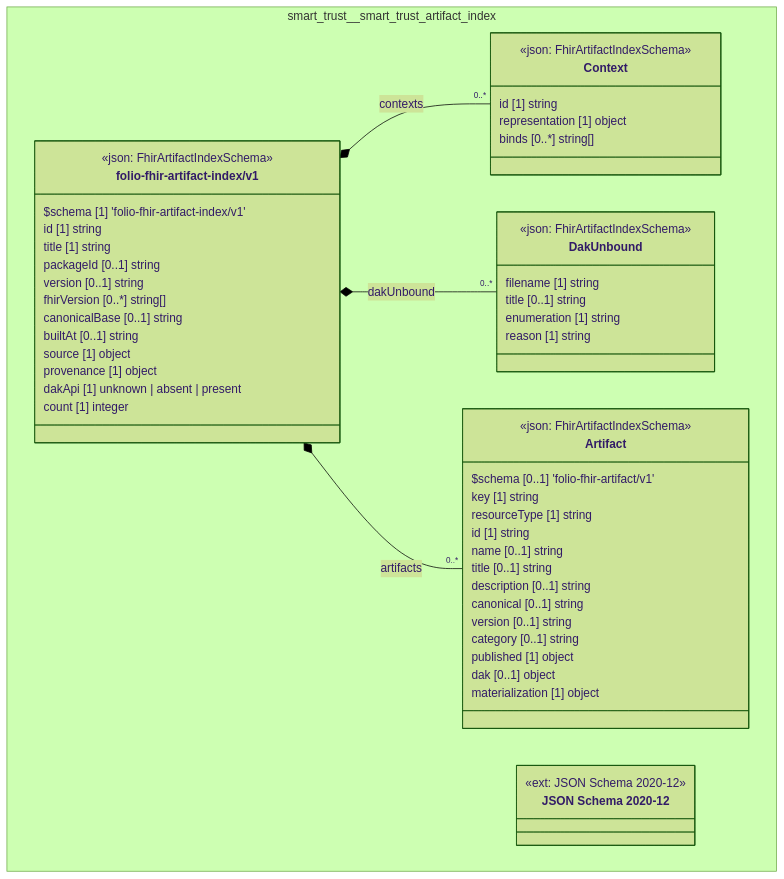
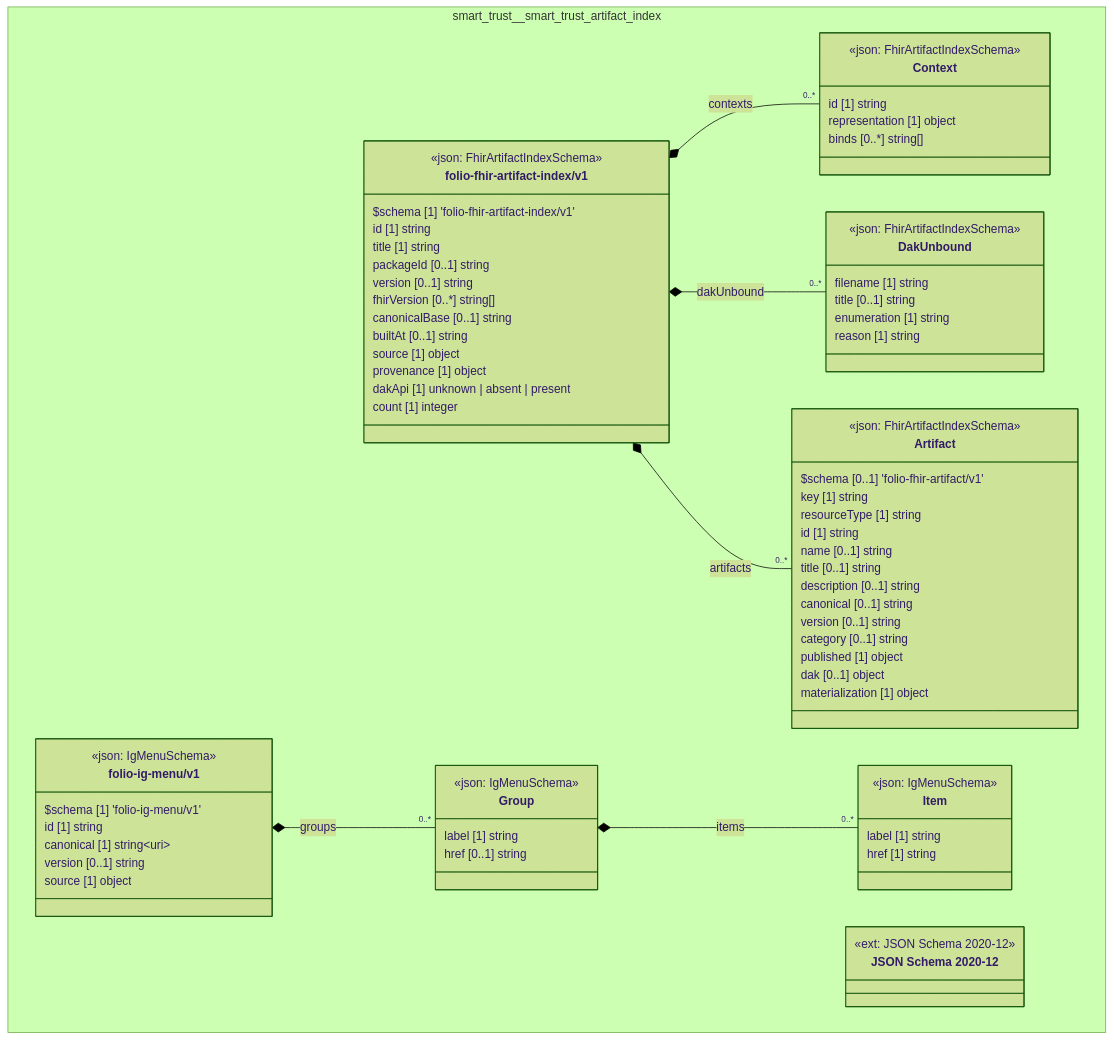
One commit to litlfred/folio-assistant changed the diagram in cat-harness/uml/overview/smart-trust/smart-trust-artifact-index.mmd. Above: the diagram before and after it, drawn with Mermaid (forest theme). The commit also changed 28 other files, not shown here.

```diff
--- a/cat-harness/uml/overview/smart-trust/smart-trust-artifact-index.mmd
+++ b/cat-harness/uml/overview/smart-trust/smart-trust-artifact-index.mmd
@@ -1,59 +1,82 @@
 classDiagram
   direction TB
   namespace smart_trust__smart_trust_artifact_index {
     class smart_trust_smart_trust_artifact_index_folio_fhir_artifact_index_v1_Context["Context"] {
       <<json: FhirArtifactIndexSchema>>
       id [1] string
       representation [1] object
       binds [0..*] string[]
     }
     class smart_trust_smart_trust_artifact_index_folio_fhir_artifact_index_v1_DakUnbound["DakUnbound"] {
       <<json: FhirArtifactIndexSchema>>
       filename [1] string
       title [0..1] string
       enumeration [1] string
       reason [1] string
     }
     class smart_trust_smart_trust_artifact_index_folio_fhir_artifact_index_v1_Artifact["Artifact"] {
       <<json: FhirArtifactIndexSchema>>
       $schema [0..1] 'folio-fhir-artifact/v1'
       key [1] string
       resourceType [1] string
       id [1] string
       name [0..1] string
       title [0..1] string
       description [0..1] string
       canonical [0..1] string
       version [0..1] string
       category [0..1] string
       published [1] object
       dak [0..1] object
       materialization [1] object
     }
     class smart_trust_smart_trust_artifact_index_folio_fhir_artifact_index_v1_folio_fhir_artifact_index_v1["folio-fhir-artifact-index/v1"] {
       <<json: FhirArtifactIndexSchema>>
       $schema [1] 'folio-fhir-artifact-index/v1'
       id [1] string
       title [1] string
       packageId [0..1] string
       version [0..1] string
       fhirVersion [0..*] string[]
       canonicalBase [0..1] string
       builtAt [0..1] string
       source [1] object
       provenance [1] object
       dakApi [1] unknown | absent | present
       count [1] integer
     }
+    class smart_trust_smart_trust_artifact_index_folio_ig_menu_v1_Item["Item"] {
+      <<json: IgMenuSchema>>
+      label [1] string
+      href [1] string
+    }
+    class smart_trust_smart_trust_artifact_index_folio_ig_menu_v1_Group["Group"] {
+      <<json: IgMenuSchema>>
+      label [1] string
+      href [0..1] string
+    }
+    class smart_trust_smart_trust_artifact_index_folio_ig_menu_v1_folio_ig_menu_v1["folio-ig-menu/v1"] {
+      <<json: IgMenuSchema>>
+      $schema [1] 'folio-ig-menu/v1'
+      id [1] string
+      canonical [1] string~uri~
+      version [0..1] string
+      source [1] object
+    }
     class smart_trust_smart_trust_artifact_index_https___json_schema_org_draft_2020_12_schema["JSON Schema 2020-12"] {
       <<ext: JSON Schema 2020-12>>
     }
   }
   smart_trust_smart_trust_artifact_index_folio_fhir_artifact_index_v1_folio_fhir_artifact_index_v1 *-- "0..*" smart_trust_smart_trust_artifact_index_folio_fhir_artifact_index_v1_Context : contexts
   smart_trust_smart_trust_artifact_index_folio_fhir_artifact_index_v1_folio_fhir_artifact_index_v1 *-- "0..*" smart_trust_smart_trust_artifact_index_folio_fhir_artifact_index_v1_DakUnbound : dakUnbound
   smart_trust_smart_trust_artifact_index_folio_fhir_artifact_index_v1_folio_fhir_artifact_index_v1 *-- "0..*" smart_trust_smart_trust_artifact_index_folio_fhir_artifact_index_v1_Artifact : artifacts
+  smart_trust_smart_trust_artifact_index_folio_ig_menu_v1_Group *-- "0..*" smart_trust_smart_trust_artifact_index_folio_ig_menu_v1_Item : items
+  smart_trust_smart_trust_artifact_index_folio_ig_menu_v1_folio_ig_menu_v1 *-- "0..*" smart_trust_smart_trust_artifact_index_folio_ig_menu_v1_Group : groups
   cssClass "smart_trust_smart_trust_artifact_index_folio_fhir_artifact_index_v1_Context" fa_uml_kind_fhir_artifact_index
   cssClass "smart_trust_smart_trust_artifact_index_folio_fhir_artifact_index_v1_DakUnbound" fa_uml_kind_fhir_artifact_index
   cssClass "smart_trust_smart_trust_artifact_index_folio_fhir_artifact_index_v1_Artifact" fa_uml_kind_fhir_artifact_index
   cssClass "smart_trust_smart_trust_artifact_index_folio_fhir_artifact_index_v1_folio_fhir_artifact_index_v1" fa_uml_kind_fhir_artifact_index
+  cssClass "smart_trust_smart_trust_artifact_index_folio_ig_menu_v1_Item" fa_uml_kind_fhir_artifact_index
+  cssClass "smart_trust_smart_trust_artifact_index_folio_ig_menu_v1_Group" fa_uml_kind_fhir_artifact_index
+  cssClass "smart_trust_smart_trust_artifact_index_folio_ig_menu_v1_folio_ig_menu_v1" fa_uml_kind_fhir_artifact_index
   cssClass "smart_trust_smart_trust_artifact_index_https___json_schema_org_draft_2020_12_schema" fa_uml_kind_fhir_artifact_index
```
